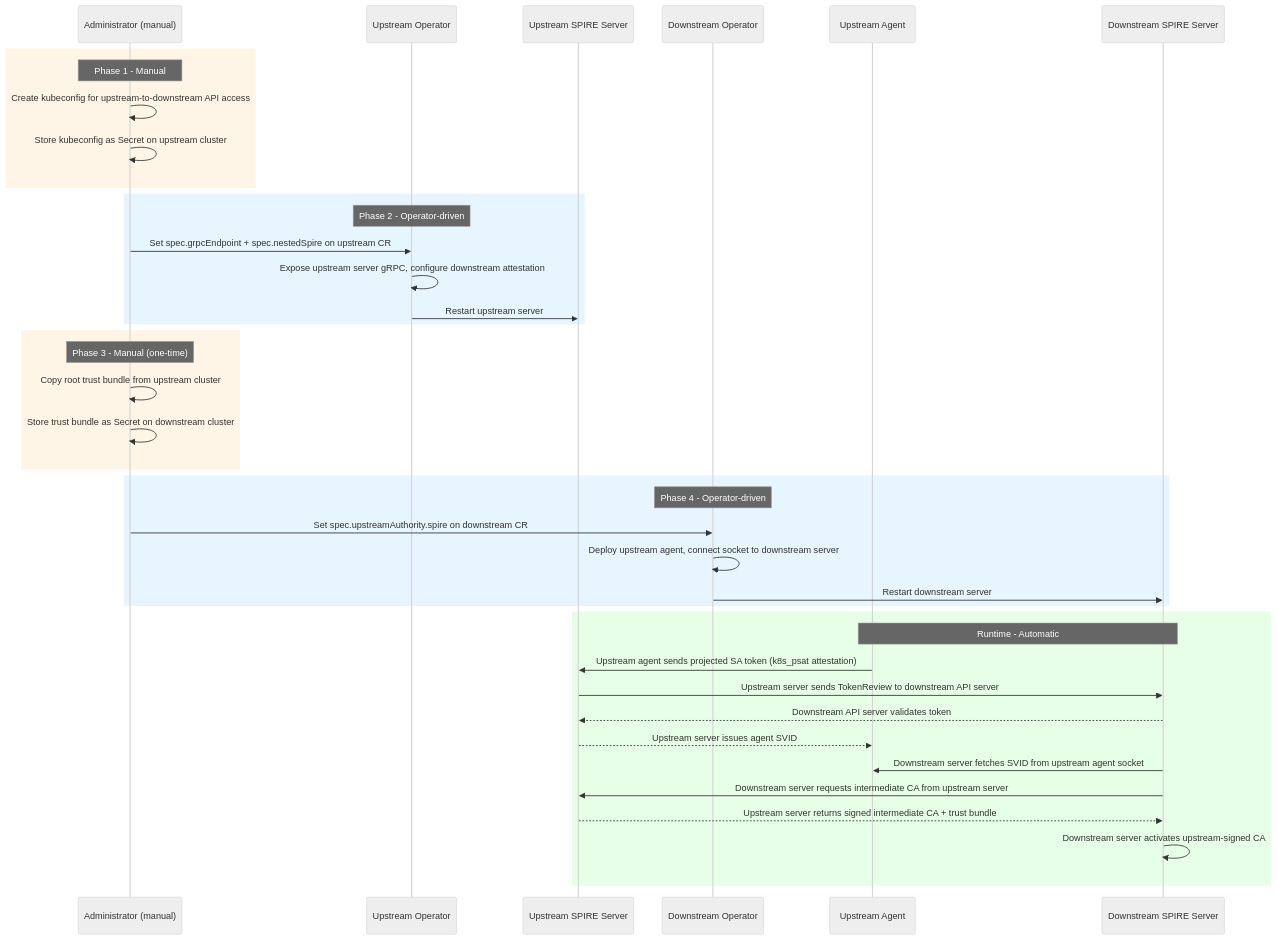
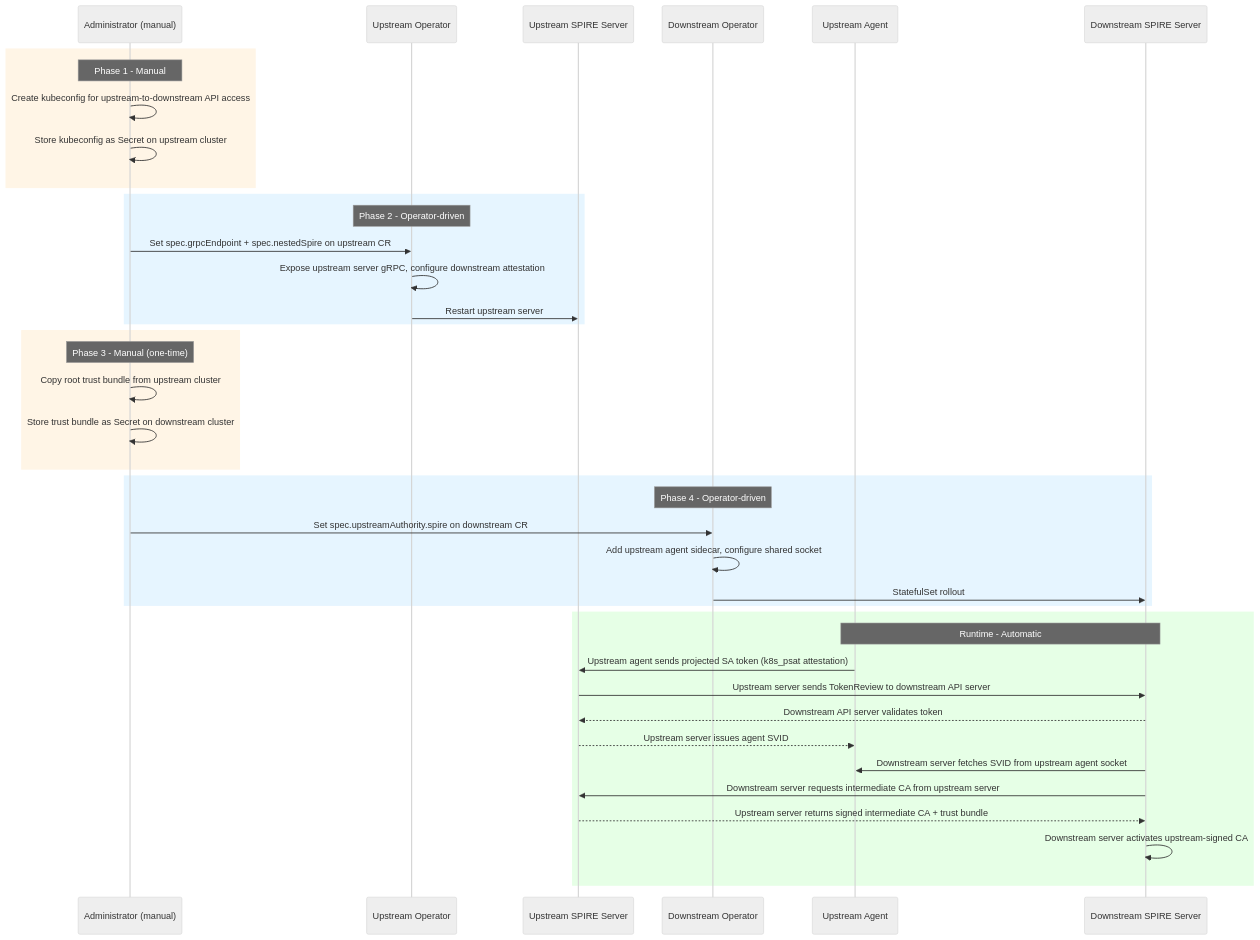
Before and after one commit to openshift/enhancements: the diagram in enhancements/workload-identity-management/nested-spire-support.md, drawn with Mermaid (neutral theme). The commit also changed other lines of this file, not shown here.

Commit message:
use sidecar+unix as proposed approach and add alternative node attestors

````diff
--- a/enhancements/workload-identity-management/nested-spire-support.md
+++ b/enhancements/workload-identity-management/nested-spire-support.md
@@ -108,47 +109,47 @@
 ```mermaid
 sequenceDiagram
     participant Admin as Administrator (manual)
     participant UpOp as Upstream Operator
     participant UpSrv as Upstream SPIRE Server
     participant DownOp as Downstream Operator
     participant UpAgent as Upstream Agent
     participant DownSrv as Downstream SPIRE Server
 
     rect rgb(255, 245, 230)
     Note over Admin: Phase 1 - Manual
     Admin->>Admin: Create kubeconfig for upstream-to-downstream API access
     Admin->>Admin: Store kubeconfig as Secret on upstream cluster
     end
 
     rect rgb(230, 245, 255)
     Note over UpOp: Phase 2 - Operator-driven
     Admin->>UpOp: Set spec.grpcEndpoint + spec.nestedSpire on upstream CR
     UpOp->>UpOp: Expose upstream server gRPC, configure downstream attestation
     UpOp->>UpSrv: Restart upstream server
     end
 
     rect rgb(255, 245, 230)
     Note over Admin: Phase 3 - Manual (one-time)
     Admin->>Admin: Copy root trust bundle from upstream cluster
     Admin->>Admin: Store trust bundle as Secret on downstream cluster
     end
 
     rect rgb(230, 245, 255)
     Note over DownOp: Phase 4 - Operator-driven
     Admin->>DownOp: Set spec.upstreamAuthority.spire on downstream CR
-    DownOp->>DownOp: Deploy upstream agent, connect socket to downstream server
-    DownOp->>DownSrv: Restart downstream server
+    DownOp->>DownOp: Add upstream agent sidecar, configure shared socket
+    DownOp->>DownSrv: StatefulSet rollout
     end
 
     rect rgb(230, 255, 230)
     Note over UpAgent,DownSrv: Runtime - Automatic
     UpAgent->>UpSrv: Upstream agent sends projected SA token (k8s_psat attestation)
     UpSrv->>DownSrv: Upstream server sends TokenReview to downstream API server
     DownSrv-->>UpSrv: Downstream API server validates token
     UpSrv-->>UpAgent: Upstream server issues agent SVID
     DownSrv->>UpAgent: Downstream server fetches SVID from upstream agent socket
     DownSrv->>UpSrv: Downstream server requests intermediate CA from upstream server
     UpSrv-->>DownSrv: Upstream server returns signed intermediate CA + trust bundle
     DownSrv->>DownSrv: Downstream server activates upstream-signed CA
     end
 ```
````
